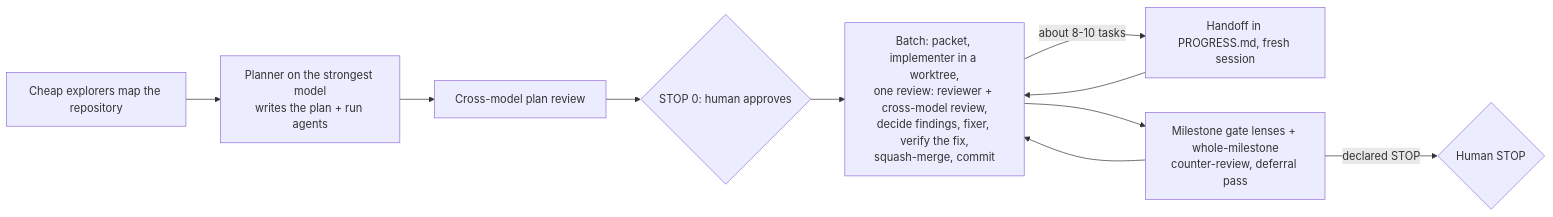
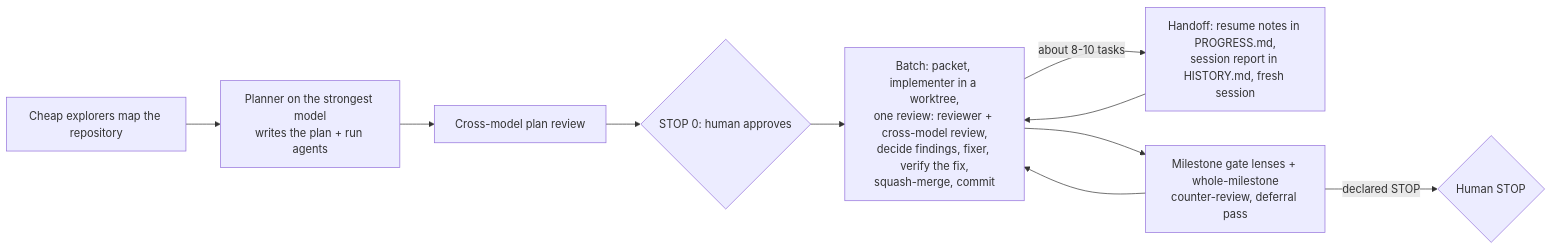
The second of 3 diagrams in docs/workflow/SKILLS.md (Aroton/ArchflowV2), drawn with Mermaid before and after one commit. The commit also changed other lines of this file and 9 other files, not shown here.

````diff
--- a/docs/workflow/SKILLS.md
+++ b/docs/workflow/SKILLS.md
@@ -47,12 +47,12 @@
 ```mermaid
 flowchart LR
   X["Cheap explorers map the repository"] --> P["Planner on the strongest model<br/>writes the plan + run agents"]
   P --> R0["Cross-model plan review"]
   R0 --> S0{"STOP 0: human approves"}
   S0 --> B["Batch: packet, implementer in a worktree,<br/>one review: reviewer + cross-model review,<br/>decide findings, fixer, verify the fix,<br/>squash-merge, commit"]
-  B -->|"about 8-10 tasks"| H["Handoff in PROGRESS.md, fresh session"]
+  B -->|"about 8-10 tasks"| H["Handoff: resume notes in PROGRESS.md,<br/>session report in HISTORY.md, fresh session"]
   H --> B
   B --> G["Milestone gate lenses + whole-milestone<br/>counter-review, deferral pass"]
   G -->|declared STOP| S1{"Human STOP"}
   G --> B
 ```
````
